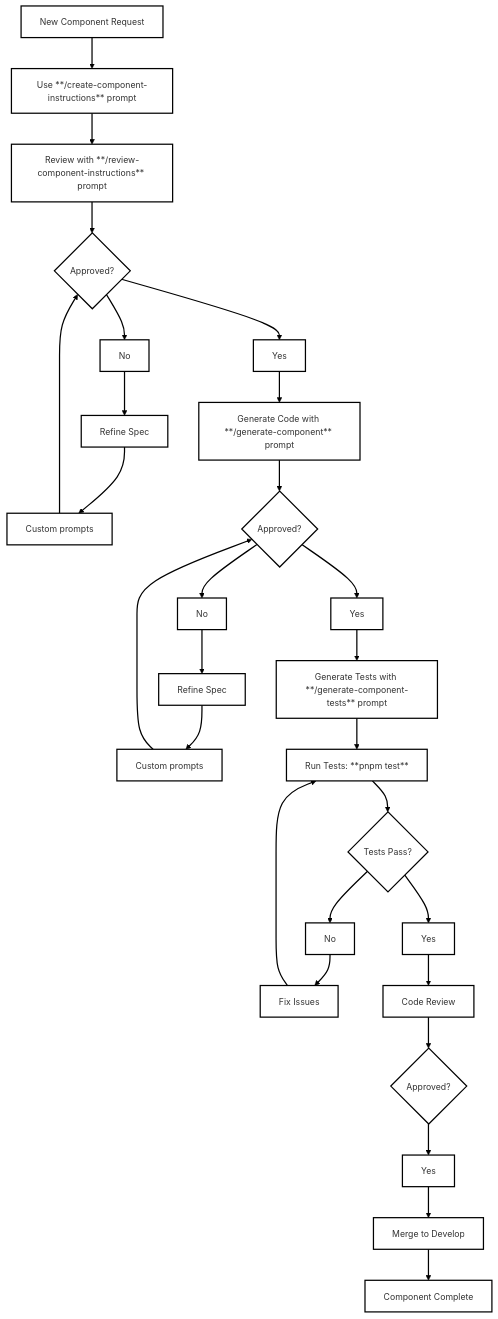
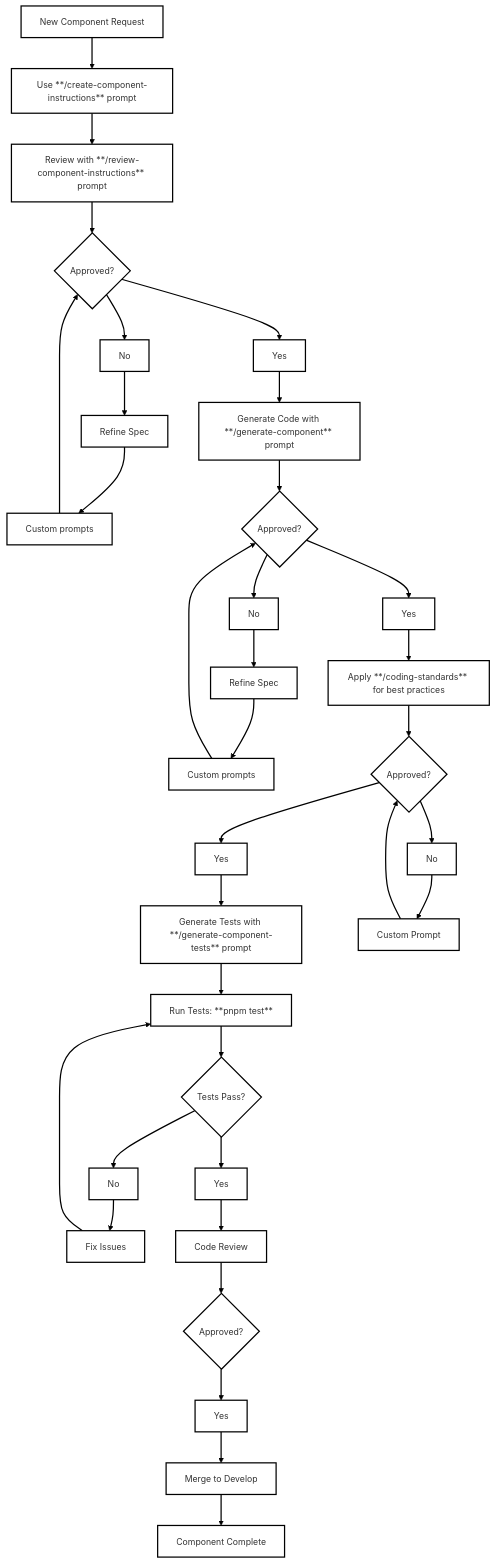
The diagram in AI_GEN_WF.md (turkishtechnology/spar), drawn with Mermaid before and after one commit. The commit also changed other lines of this file and 1 other file, not shown here.

Commit message:
docs(prompt): Update ai gen workflow

````diff
--- a/AI_GEN_WF.md
+++ b/AI_GEN_WF.md
@@ -7,25 +7,29 @@
 ```mermaid
 ---
 config:
   theme: neo
 ---
 graph TD
-    A[New Component Request] --> D[Use **/create-component-instructions** prompt]
-    D --> H[Review with **/review-component-instructions** prompt]
-    H --> I{Approved?}
-    I --> J[No] --> K[Refine Spec] --> H1[Custom prompts]
-    H1 --> I
-    I --> L[Yes] --> M[Generate Code with **/generate-component** prompt]
-    M--> M1{Approved?}
-    M1 --> L1[Yes]
-    M1 --> J1[No] --> K1[Refine Spec] --> M2[Custom prompts]
-    M2-->M1
-    L1-->N[Generate Tests with **/generate-component-tests** prompt]
-    N --> O[Run Tests: **pnpm test**]
-    O --> P{Tests Pass?}
-    P --> Q[No] --> R[Fix Issues] --> O
-    P --> S[Yes] --> T[Code Review]
-    T --> U{Approved?}
-    U --> X[Yes] --> Y[Merge to Develop]
-    Y --> Z[Component Complete]
+    A[New Component Request] --> B[Use **/create-component-instructions** prompt]
+    B --> C[Review with **/review-component-instructions** prompt]
+    C --> D{Approved?}
+    D --> E[No] --> F[Refine Spec] --> G[Custom prompts]
+    G --> D
+    D --> H[Yes] --> I[Generate Code with **/generate-component** prompt]
+    I --> J{Approved?}
+    J --> K[Yes]
+    J --> L[No] --> M[Refine Spec] --> N[Custom prompts]
+    N --> J
+    K --> O[Apply **/coding-standards** for best practices]
+    O --> P{Approved?}
+    P --> Q[Yes] --> R[Generate Tests with **/generate-component-tests** prompt]
+    P --> S[No] --> T[Custom Prompt]
+    T --> P
+    R --> U[Run Tests: **pnpm test**]
+    U --> V{Tests Pass?}
+    V --> W[No] --> X[Fix Issues] --> U
+    V --> Y[Yes] --> Z[Code Review]
+    Z --> AA{Approved?}
+    AA --> BB[Yes] --> CC[Merge to Develop]
+    CC --> DD[Component Complete]
 ```
````
